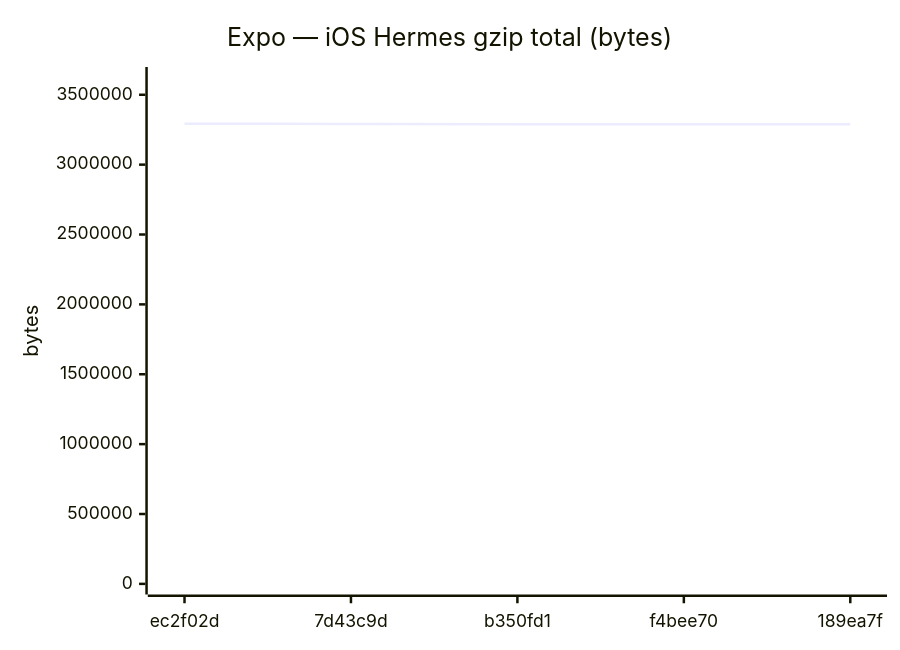
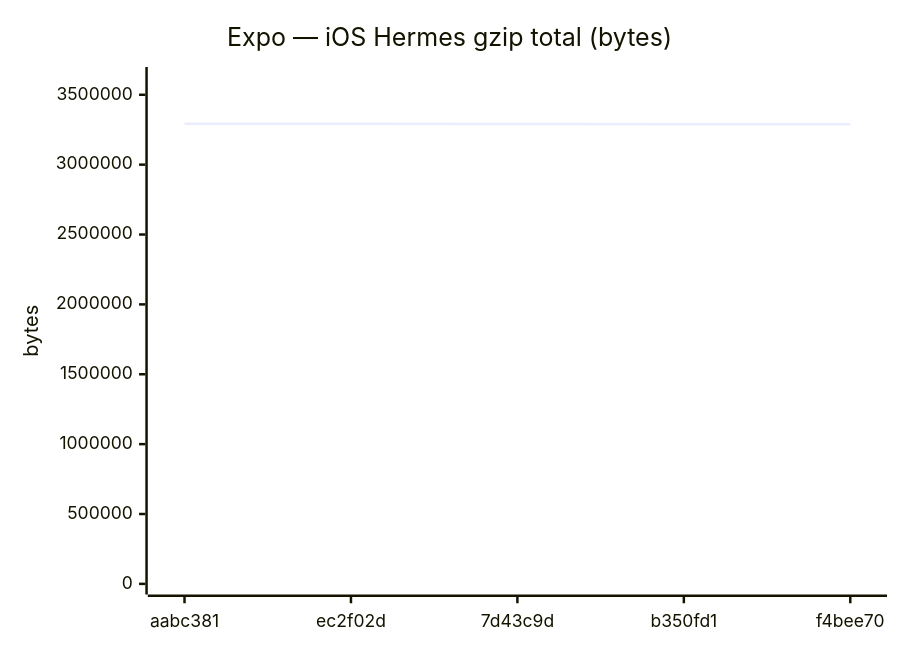
One commit to Metaheurist/Rianell changed diagram 12 of 18 in benchmarks/compare.md. Above: the diagram before and after it, drawn with Mermaid. The commit also changed other lines of this file and 11 other files, not shown here.

````diff
--- a/benchmarks/compare.md
+++ b/benchmarks/compare.md
@@ -179,7 +179,7 @@
 ```mermaid
 xychart-beta
     title "Expo — iOS Hermes gzip total (bytes)"
-    x-axis ["ec2f02d", "7d43c9d", "b350fd1", "f4bee70", "189ea7f"]
-    y-axis "bytes" 0 --> 3622646
-    line [3293314, 3291396, 3288856, 3288399, 3288861]
+    x-axis ["aabc381", "ec2f02d", "7d43c9d", "b350fd1", "f4bee70"]
+    y-axis "bytes" 0 --> 3622750
+    line [3293409, 3293314, 3291396, 3288856, 3288399]
 ```
````
